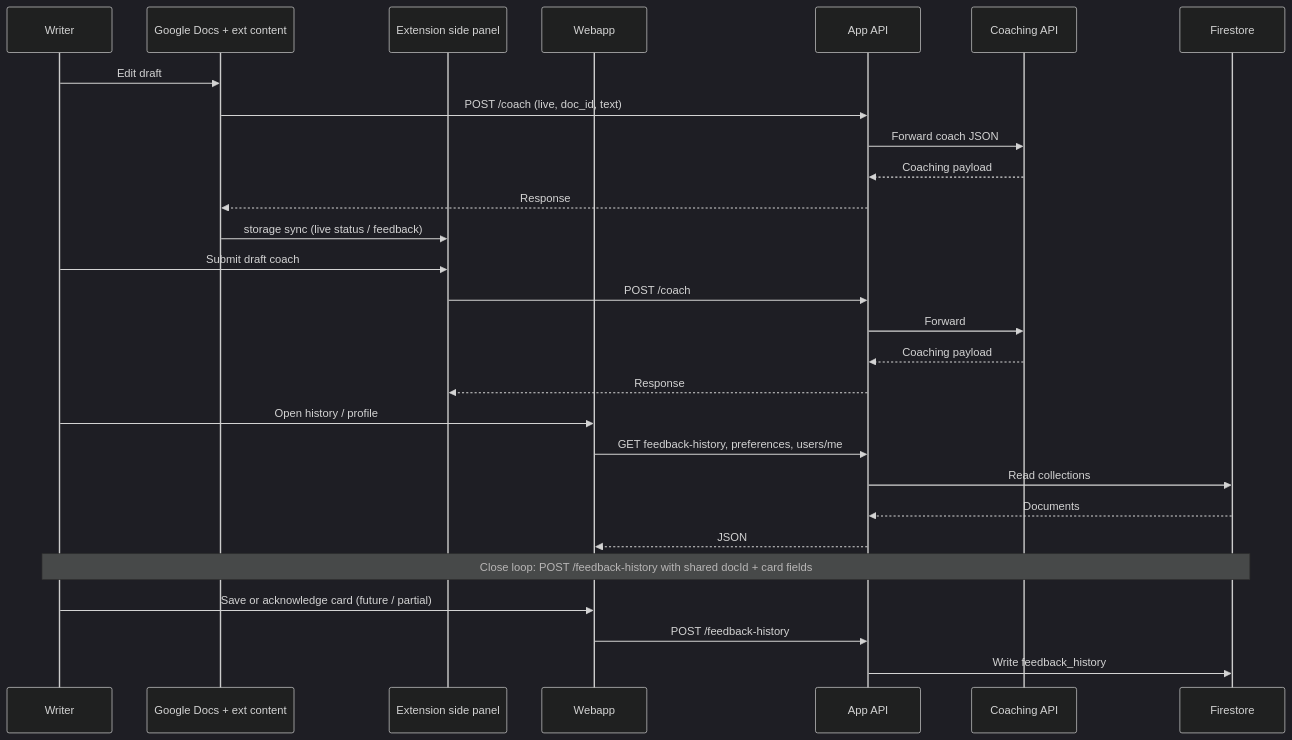
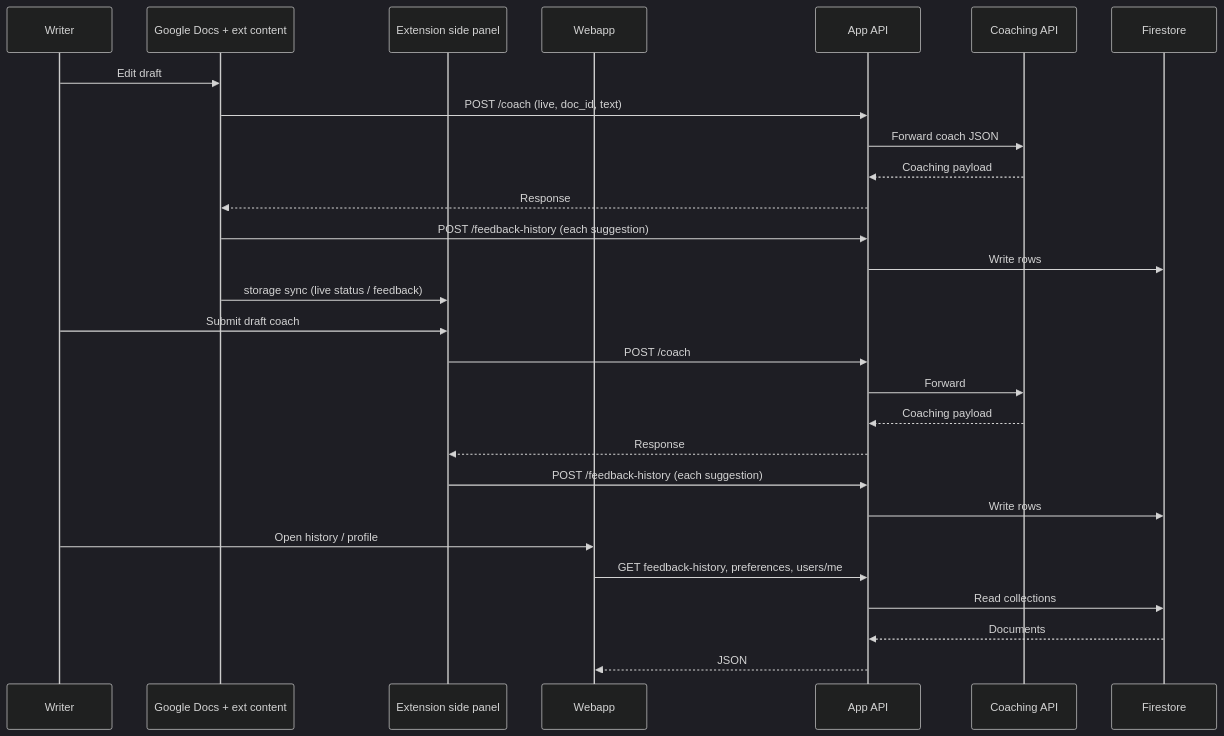
The diagram in docs/cross-platform-user-flow.md (CSEN-SCU/csen-174-s26-team-project-write-up), drawn with Mermaid (dark theme) before and after one commit. The commit also changed other lines of this file and 7 other files, not shown here.

````diff
--- a/docs/cross-platform-user-flow.md
+++ b/docs/cross-platform-user-flow.md
@@ -75,34 +72,33 @@
 ```mermaid
 sequenceDiagram
   participant W as Writer
   participant D as Google Docs + ext content
   participant P as Extension side panel
   participant WA as Webapp
   participant A as App API
   participant C as Coaching API
   participant F as Firestore
 
   W->>D: Edit draft
   D->>A: POST /coach (live, doc_id, text)
   A->>C: Forward coach JSON
   C-->>A: Coaching payload
   A-->>D: Response
+  D->>A: POST /feedback-history (each suggestion)
+  A->>F: Write rows
   D->>P: storage sync (live status / feedback)
 
   W->>P: Submit draft coach
   P->>A: POST /coach
   A->>C: Forward
   C-->>A: Coaching payload
   A-->>P: Response
+  P->>A: POST /feedback-history (each suggestion)
+  A->>F: Write rows
 
   W->>WA: Open history / profile
   WA->>A: GET feedback-history, preferences, users/me
   A->>F: Read collections
   F-->>A: Documents
   A-->>WA: JSON
-
-  Note over W,F: Close loop: POST /feedback-history with shared docId + card fields
-  W->>WA: Save or acknowledge card (future / partial)
-  WA->>A: POST /feedback-history
-  A->>F: Write feedback_history
 ```
````
